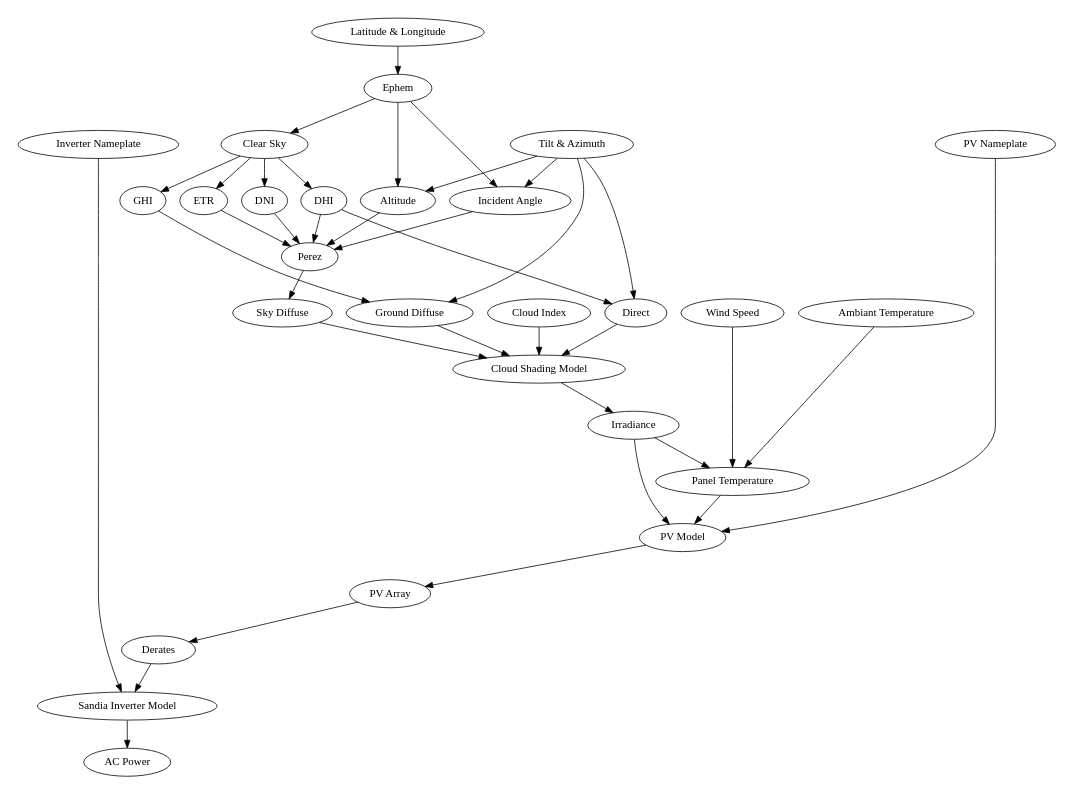
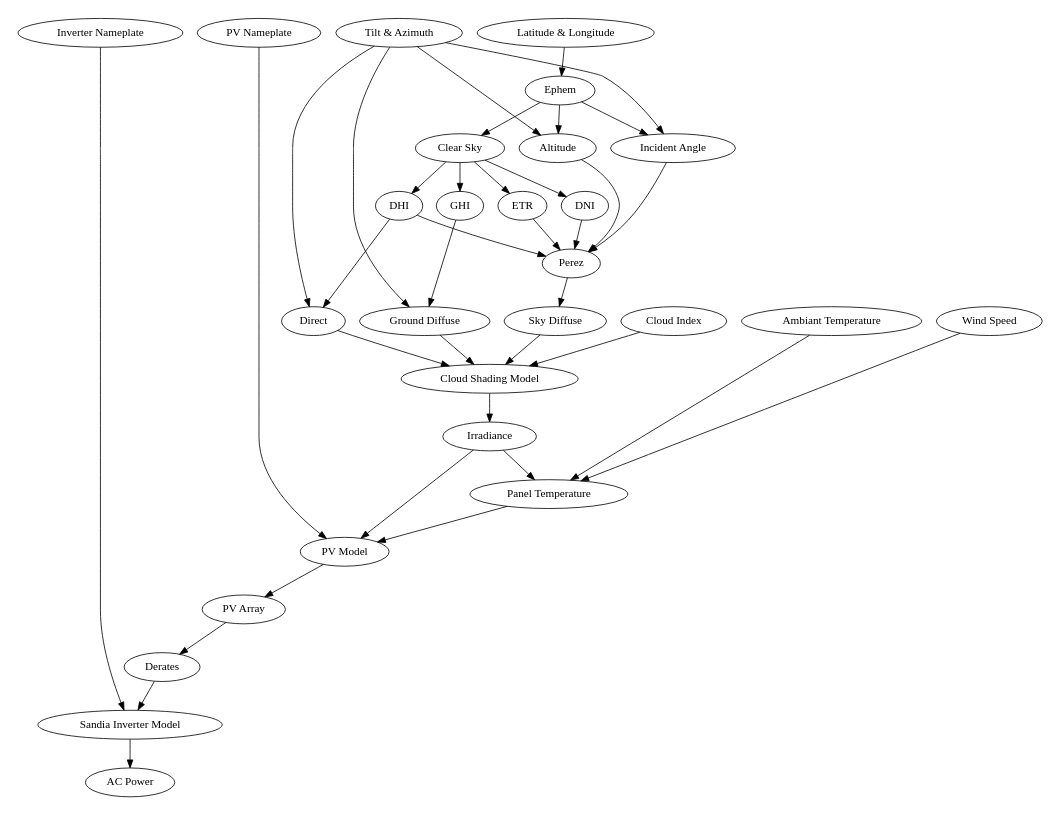
Before and after one commit to nrcharles/solpy: the diagram in docs/solpy.gv, drawn with Graphviz. The commit also changed 3 other files, not shown here.

```diff
--- a/docs/solpy.gv
+++ b/docs/solpy.gv
@@ -1,40 +1,40 @@
 digraph solpy {
 size="7,7";
-    {rank = same; "Tilt & Azimuth" "PV Nameplate" "Inverter Nameplate";}
+    {rank = same; "Tilt & Azimuth" "PV Nameplate" "Inverter Nameplate" "Latitude & Longitude";}
     {rank = same; "Cloud Index" "Wind Speed" "Ambiant Temperature";}
     {rank = same; "Ground Diffuse" "Sky Diffuse" "Direct";}
     {rank = same; "GHI" "ETR" "DHI" "DNI";}
     "Latitude & Longitude" -> Ephem;
     "Ephem" -> "Clear Sky";
     "Ephem" -> "Altitude";
     "Ephem" -> "Incident Angle";
     "PV Nameplate" -> "PV Model";
     "Tilt & Azimuth" -> "Ground Diffuse";
     "Tilt & Azimuth" -> "Direct";
     "Tilt & Azimuth" -> "Incident Angle";
     "Tilt & Azimuth" -> "Altitude";
     "Incident Angle" -> "Perez";
     "Altitude" -> "Perez";
     "Clear Sky" -> {GHI; DNI; ETR; DHI;}
     "DNI" -> "Perez";
     "ETR" -> "Perez";
     "DHI" -> "Perez";
     "DHI" -> "Direct";
     "GHI" -> "Ground Diffuse";
     "Perez" -> "Sky Diffuse";
     "Sky Diffuse" -> "Cloud Shading Model";
     "Ground Diffuse" -> "Cloud Shading Model";
     "Direct" -> "Cloud Shading Model";
     "Cloud Index" -> "Cloud Shading Model";
     "Cloud Shading Model" -> "Irradiance";
     "Irradiance" -> "PV Model";
     "Ambiant Temperature" -> "Panel Temperature";
     "Wind Speed" -> "Panel Temperature";
     "Irradiance" -> "Panel Temperature";
     "Panel Temperature" -> "PV Model";
     "PV Model" -> "PV Array";
     "PV Array" -> "Derates";
     "Derates" -> "Sandia Inverter Model";
     "Inverter Nameplate" -> "Sandia Inverter Model";
     "Sandia Inverter Model" -> "AC Power";
 }
```
